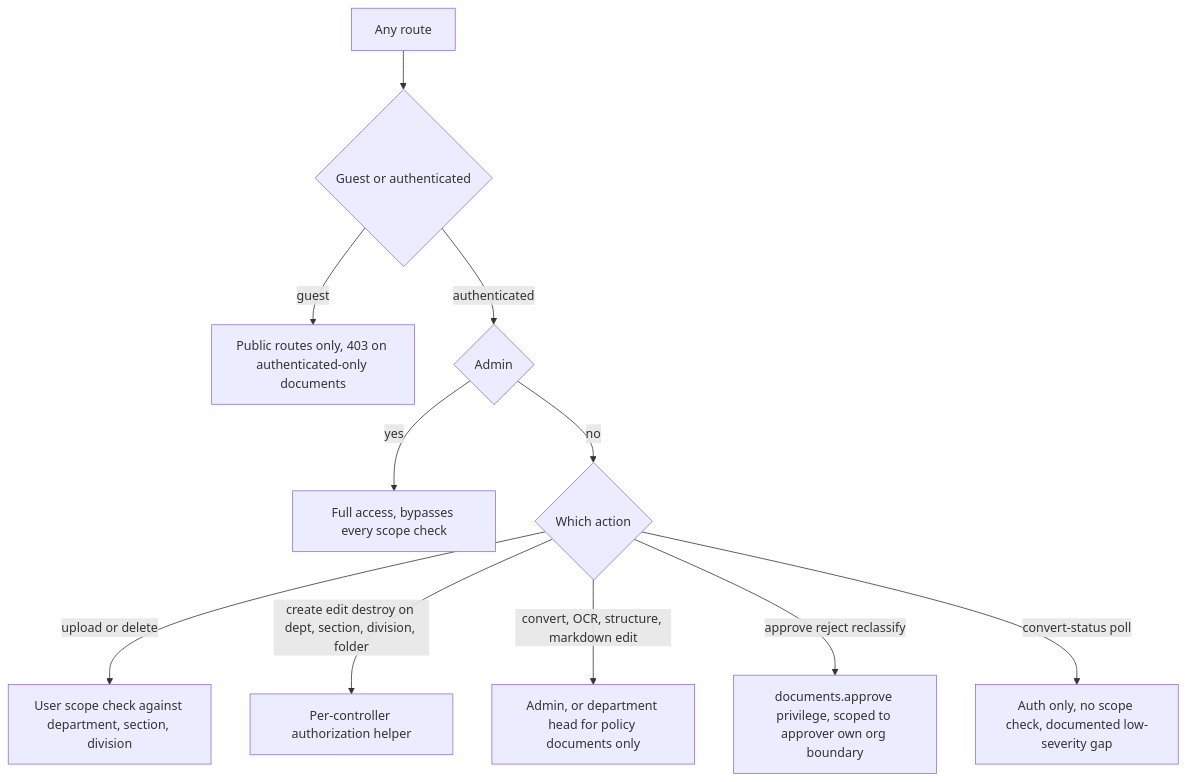
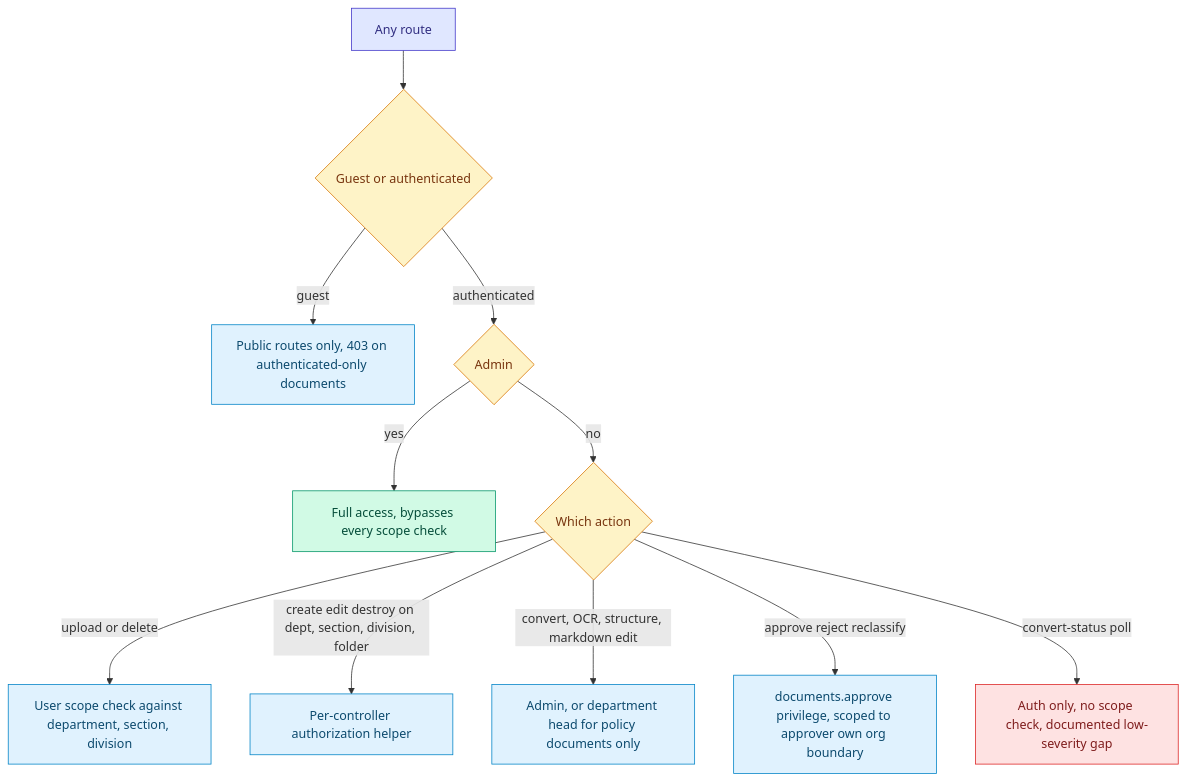
Before and after one commit to SubhanRaj/pdf-markdown-pipeline: the fifth of 6 diagrams in APP_FLOW.md, drawn with Mermaid. The commit also changed other lines of this file and 1 other file, not shown here.

First line of the commit message:
docs: add color styling to mermaid diagrams in APP_FLOW.md and OCR_RESEARCH.md

````diff
--- a/APP_FLOW.md
+++ b/APP_FLOW.md
@@ -116,13 +159,25 @@
 ```mermaid
 flowchart TD
+    classDef entry fill:#e0e7ff,stroke:#4338ca,color:#312e81
+    classDef decision fill:#fef3c7,stroke:#d97706,color:#78350f
+    classDef good fill:#d1fae5,stroke:#059669,color:#064e3b
+    classDef scoped fill:#e0f2fe,stroke:#0284c7,color:#0c4a6e
+    classDef warn fill:#fee2e2,stroke:#dc2626,color:#7f1d1d
+
     R[Any route] --> A{Guest or authenticated}
     A -->|guest| G[Public routes only, 403 on authenticated-only documents]
     A -->|authenticated| B{Admin}
     B -->|yes| ALL[Full access, bypasses every scope check]
     B -->|no| C{Which action}
     C -->|upload or delete| D[User scope check against department, section, division]
     C -->|create edit destroy on dept, section, division, folder| E[Per-controller authorization helper]
     C -->|convert, OCR, structure, markdown edit| F[Admin, or department head for policy documents only]
     C -->|approve reject reclassify| Gp[documents.approve privilege, scoped to approver own org boundary]
     C -->|convert-status poll| H[Auth only, no scope check, documented low-severity gap]
+
+    class R entry
+    class A,B,C decision
+    class ALL good
+    class G,D,E,F,Gp scoped
+    class H warn
 ```
````
